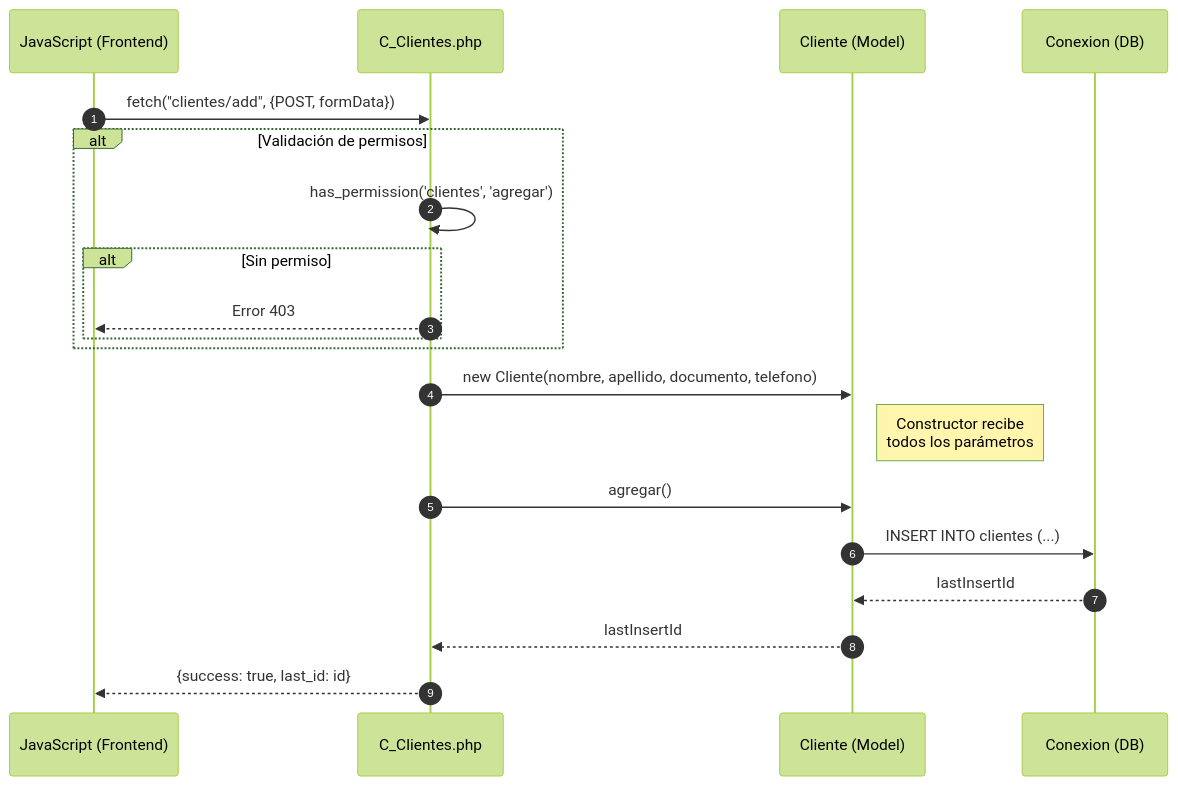
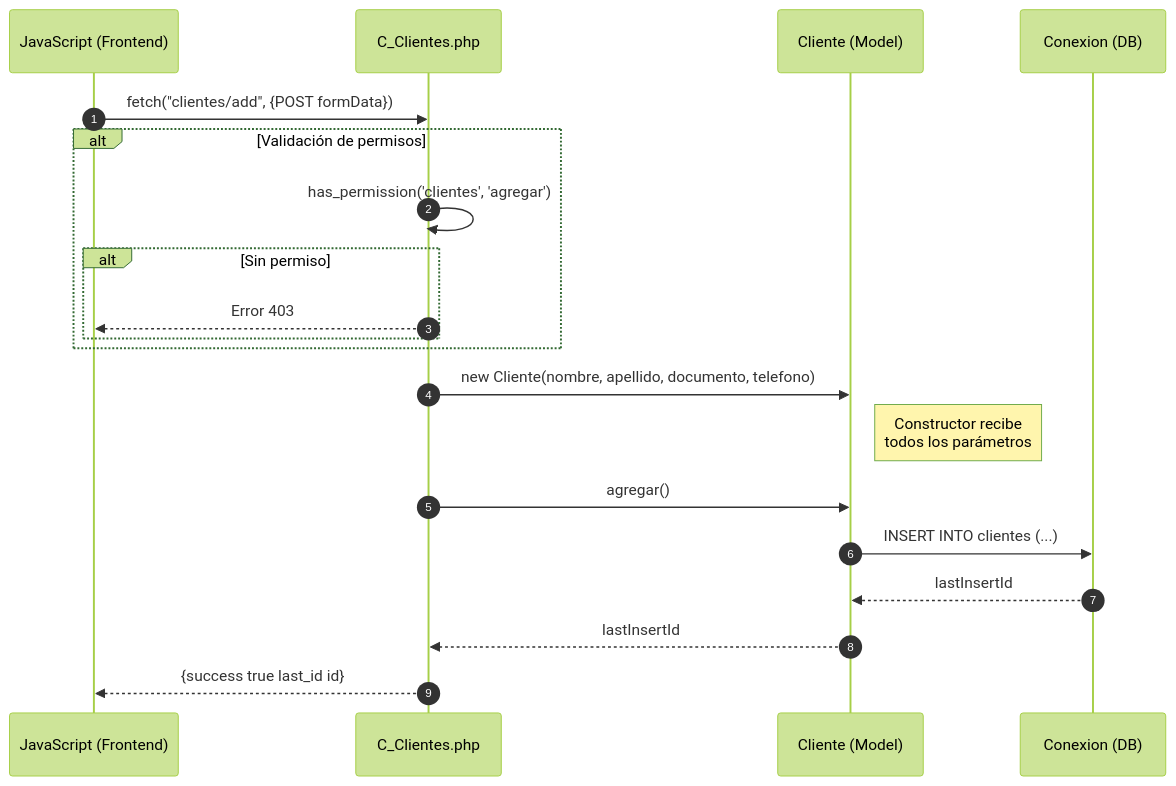
The first of 5 diagrams in docs/secuencia/clientes/clientes.md (Tecrato/BurgerHouse), drawn with Mermaid (forest theme) before and after one commit. The commit also changed other lines of this file and 13 other files, not shown here.

Commit message:
diagramas de secuencia

````diff
--- a/docs/secuencia/clientes/clientes.md
+++ b/docs/secuencia/clientes/clientes.md
@@ -5,27 +5,27 @@
 ```mermaid
 sequenceDiagram
     autonumber
     participant JS as JavaScript (Frontend)
     participant C_Clientes as C_Clientes.php
     participant Cliente as Cliente (Model)
     participant DB as Conexion (DB)
     
-    JS->>C_Clientes: fetch("clientes/add", {POST, formData})
+    JS->>C_Clientes: fetch("clientes/add", {POST formData})
     
     alt Validación de permisos
         C_Clientes->>C_Clientes: has_permission('clientes', 'agregar')
         alt Sin permiso
             C_Clientes-->>JS: Error 403
         end
     end
     
     C_Clientes->>Cliente: new Cliente(nombre, apellido, documento, telefono)
     Note right of Cliente: Constructor recibe<br/>todos los parámetros
     
     C_Clientes->>Cliente: agregar()
     Cliente->>DB: INSERT INTO clientes (...)
     DB-->>Cliente: lastInsertId
     Cliente-->>C_Clientes: lastInsertId
     
-    C_Clientes-->>JS: {success: true, last_id: id}
+    C_Clientes-->>JS: {success true last_id id}
 ```
````
